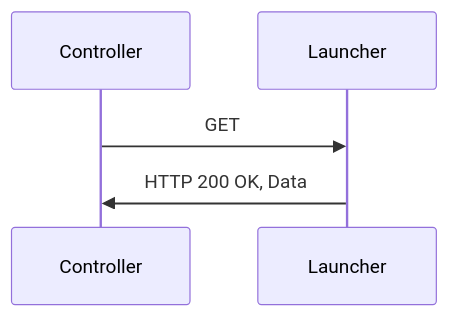
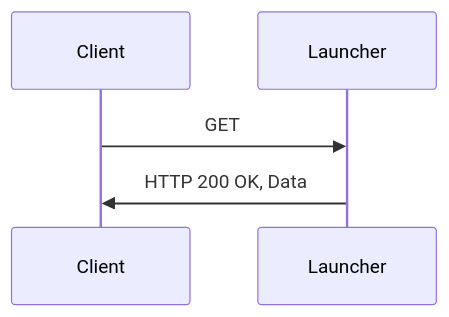
Before and after one commit to llm-d-incubation/llm-d-fast-model-actuation: the third of 3 diagrams in docs/launcher.md, drawn with Mermaid. The commit also changed other lines of this file, not shown here.

````diff
--- a/docs/launcher.md
+++ b/docs/launcher.md
@@ -79,8 +73,8 @@
 ```mermaid
 sequenceDiagram
-    participant Controller
+    participant Client
     participant Launcher
 
-    Controller->>Launcher: GET
-    Launcher->>Controller: HTTP 200 OK, Data
+    Client->>Launcher: GET
+    Launcher->>Client: HTTP 200 OK, Data
 ```
````
